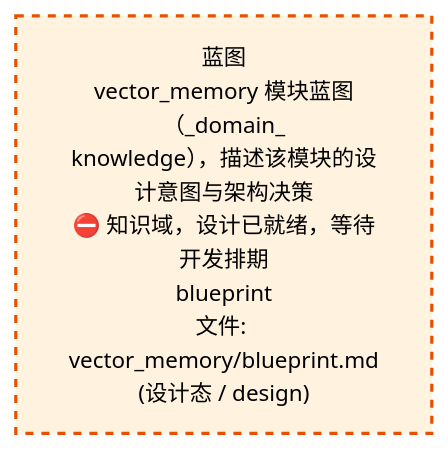
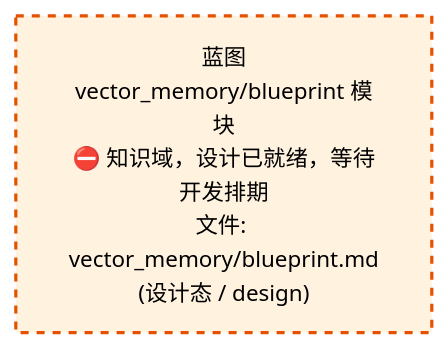
The second of 2 diagrams in docs/02_enterprise_architecture/02_domain_architecture_docs/58_d_knowledge.md (xuanFelixVan/ZephyrAlpha), drawn with Mermaid before and after one commit. The commit also changed other lines of this file and 60 other files, not shown here.

````diff
--- a/docs/02_enterprise_architecture/02_domain_architecture_docs/58_d_knowledge.md
+++ b/docs/02_enterprise_architecture/02_domain_architecture_docs/58_d_knowledge.md
@@ -74,10 +74,10 @@
 ```mermaid
 %%{init: {'theme': 'base', 'themeVariables': {'primaryColor': '#eaeaea', 'primaryTextColor': '#333333', 'primaryBorderColor': '#666666', 'lineColor': '#666666', 'secondaryColor': '#eaeaea', 'tertiaryColor': '#eaeaea', 'fontSize': '14px'}}}%%
 flowchart TD
-    docs_03_modules_domain_knowledge_vector_memory_blueprint_md["蓝图<br/>vector_memory 模块蓝图（_domain_<br/>knowledge），描述该模块的设计意图与架构决策<br/>⛔ 知识域，设计已就绪，等待开发排期<br/>blueprint<br/>文件: vector_memory/blueprint.md<br/>(设计态 / design)"]
+    docs_03_modules_domain_knowledge_vector_memory_blueprint_md["蓝图<br/>vector_memory/blueprint 模块<br/>⛔ 知识域，设计已就绪，等待开发排期<br/>文件: vector_memory/blueprint.md<br/>(设计态 / design)"]
     classDef production fill:#e1f5fe,stroke:#01579b,stroke-width:2px,color:#000
     classDef design fill:#fff3e0,stroke:#e65100,stroke-width:2px,color:#000,stroke-dasharray: 5 5
     classDef external_prod fill:#e8f4fd,stroke:#0277bd,stroke-width:1px,color:#000
     classDef external_design fill:#fff8e7,stroke:#ef6c00,stroke-width:1px,color:#000,stroke-dasharray: 5 5
     class docs_03_modules_domain_knowledge_vector_memory_blueprint_md design
 ```
````
